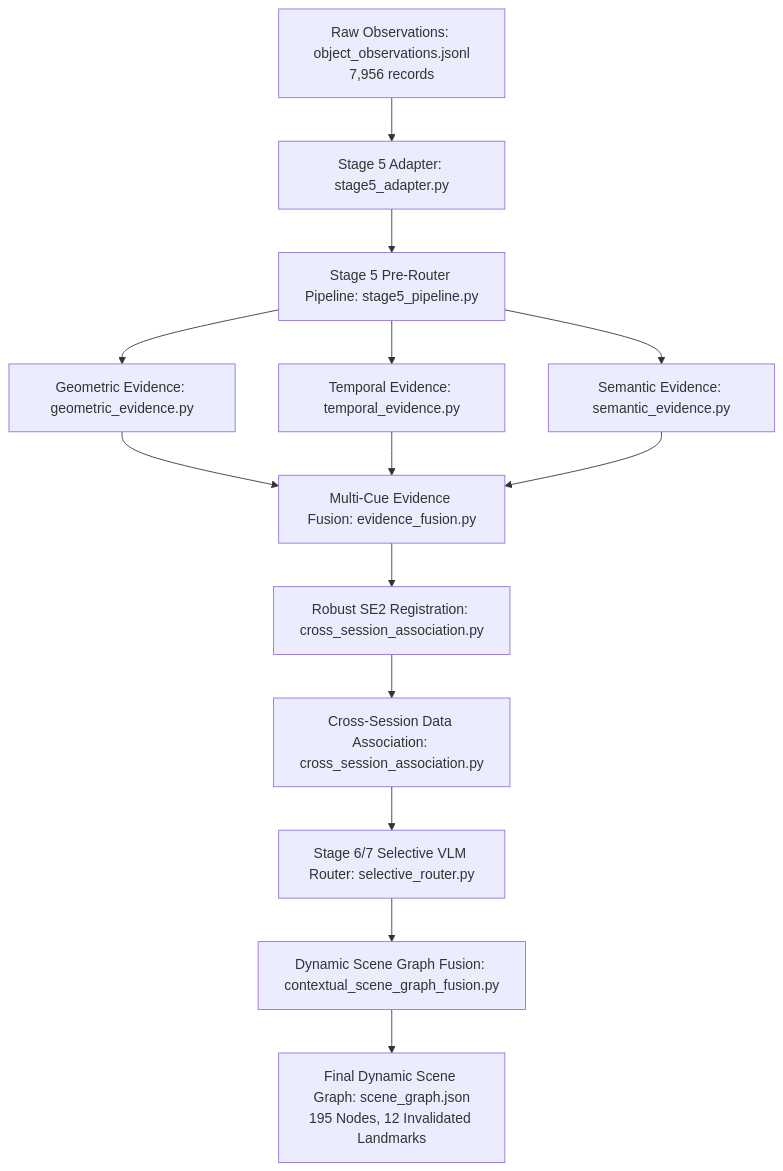
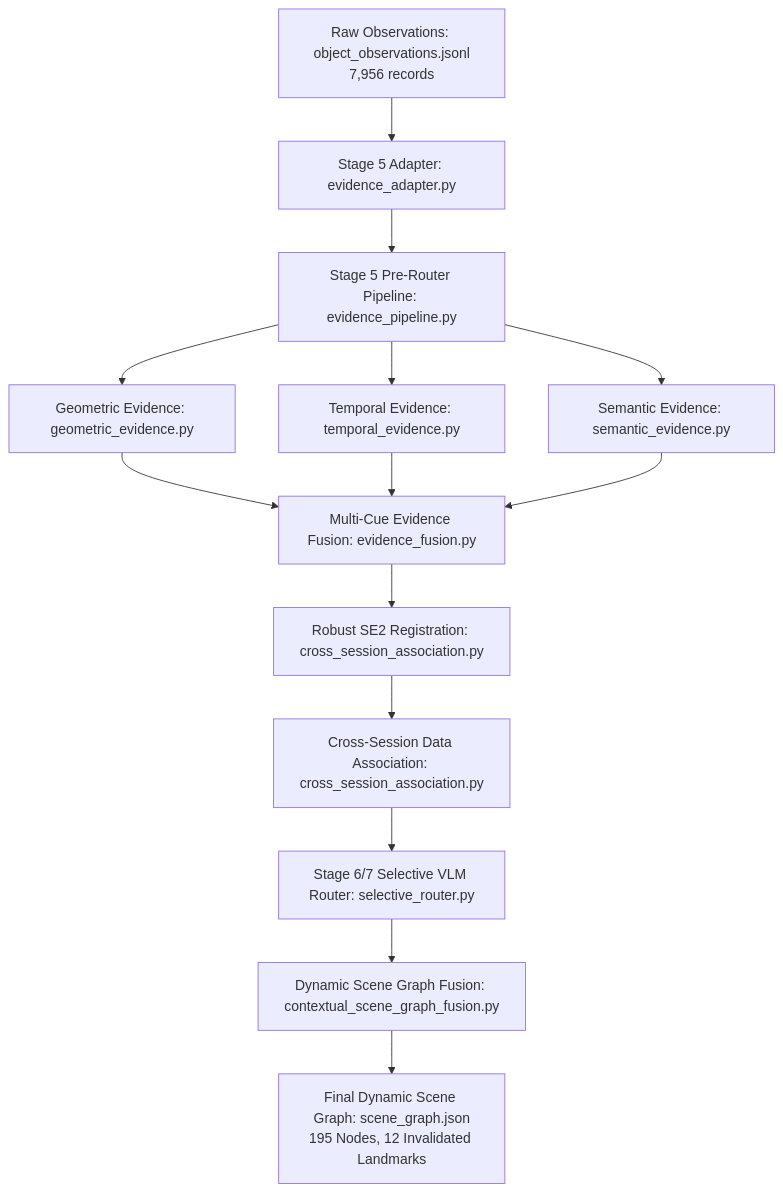
One commit to YashBhardwaj21/estimator-aware-vlm changed the diagram in assignment/docs/PIPELINE_AND_DATA_FLOW.md. Above: the diagram before and after it, drawn with Mermaid. The commit also changed other lines of this file and 411 other files, not shown here.

````diff
--- a/assignment/docs/PIPELINE_AND_DATA_FLOW.md
+++ b/assignment/docs/PIPELINE_AND_DATA_FLOW.md
@@ -9,14 +9,14 @@
 ```mermaid
 flowchart TD
-    A[Raw Observations: object_observations.jsonl<br/>7,956 records] --> B[Stage 5 Adapter: stage5_adapter.py]
-    B --> C[Stage 5 Pre-Router Pipeline: stage5_pipeline.py]
+    A[Raw Observations: object_observations.jsonl<br/>7,956 records] --> B[Stage 5 Adapter: evidence_adapter.py]
+    B --> C[Stage 5 Pre-Router Pipeline: evidence_pipeline.py]
     C --> D1[Geometric Evidence: geometric_evidence.py]
     C --> D2[Temporal Evidence: temporal_evidence.py]
     C --> D3[Semantic Evidence: semantic_evidence.py]
     D1 & D2 & D3 --> E[Multi-Cue Evidence Fusion: evidence_fusion.py]
     E --> F[Robust SE2 Registration: cross_session_association.py]
     F --> G[Cross-Session Data Association: cross_session_association.py]
     G --> H[Stage 6/7 Selective VLM Router: selective_router.py]
     H --> I[Dynamic Scene Graph Fusion: contextual_scene_graph_fusion.py]
     I --> J[Final Dynamic Scene Graph: scene_graph.json<br/>195 Nodes, 12 Invalidated Landmarks]
 ```
````
